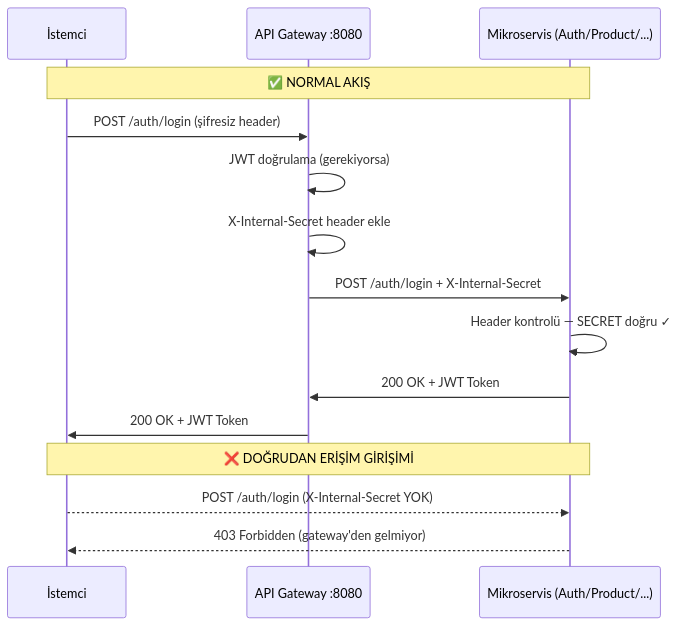
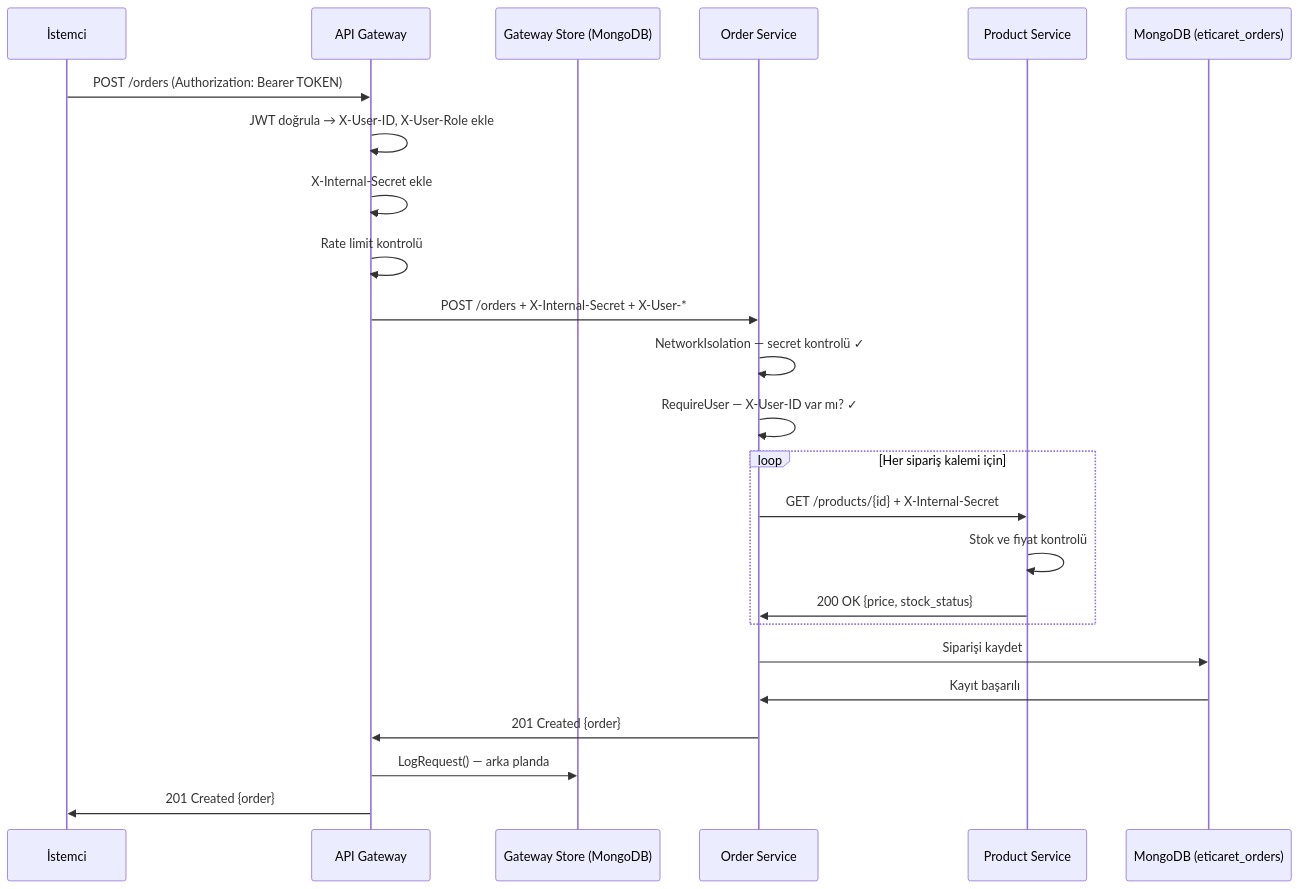
The seventh of 13 diagrams in go-backend/README.md (eyupcanpolat/E-Commerce_Microservices_Website), drawn with Mermaid before and after one commit. The commit also changed other lines of this file, not shown here.

````diff
--- a/go-backend/README.md
+++ b/go-backend/README.md
@@ -50,21 +325,27 @@
 ```mermaid
 sequenceDiagram
     participant C as İstemci
-    participant GW as API Gateway :8080
-    participant MS as Mikroservis (Auth/Product/...)
+    participant GW as API Gateway
+    participant GWS as Gateway Store (MongoDB)
+    participant OS as Order Service
+    participant PS as Product Service
+    participant DB as MongoDB (eticaret_orders)
 
-    Note over C,MS: ✅ NORMAL AKIŞ
-
-    C->>GW: POST /auth/login (şifresiz header)
-    GW->>GW: JWT doğrulama (gerekiyorsa)
-    GW->>GW: X-Internal-Secret header ekle
-    GW->>MS: POST /auth/login + X-Internal-Secret
-    MS->>MS: Header kontrolü — SECRET doğru ✓
-    MS->>GW: 200 OK + JWT Token
-    GW->>C: 200 OK + JWT Token
-
-    Note over C,MS: ❌ DOĞRUDAN ERİŞİM GİRİŞİMİ
-
-    C-->>MS: POST /auth/login (X-Internal-Secret YOK)
-    MS-->>C: 403 Forbidden (gateway'den gelmiyor)
+    C->>GW: POST /orders (Authorization: Bearer TOKEN)
+    GW->>GW: JWT doğrula → X-User-ID, X-User-Role ekle
+    GW->>GW: X-Internal-Secret ekle
+    GW->>GW: Rate limit kontrolü
+    GW->>OS: POST /orders + X-Internal-Secret + X-User-*
+    OS->>OS: NetworkIsolation — secret kontrolü ✓
+    OS->>OS: RequireUser — X-User-ID var mı? ✓
+    loop Her sipariş kalemi için
+        OS->>PS: GET /products/{id} + X-Internal-Secret
+        PS->>PS: Stok ve fiyat kontrolü
+        PS->>OS: 200 OK {price, stock_status}
+    end
+    OS->>DB: Siparişi kaydet
+    DB->>OS: Kayıt başarılı
+    OS->>GW: 201 Created {order}
+    GW->>GWS: LogRequest() — arka planda
+    GW->>C: 201 Created {order}
 ```
````
